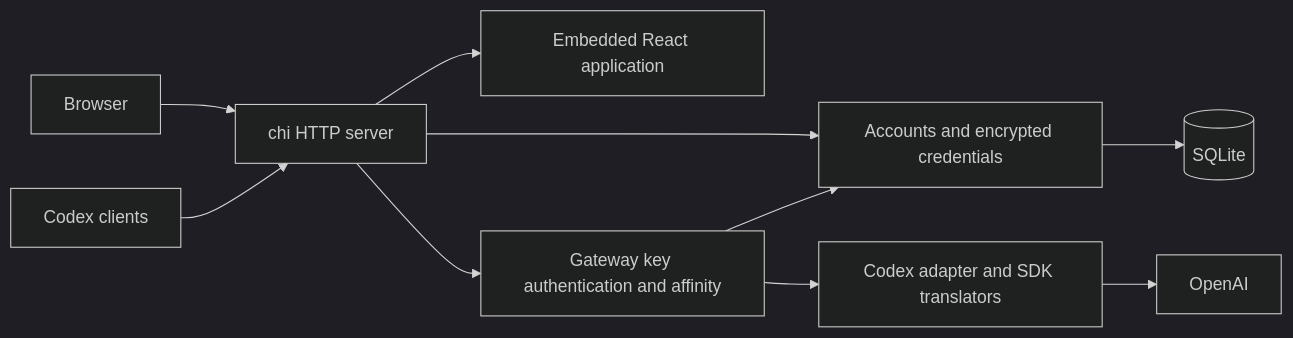
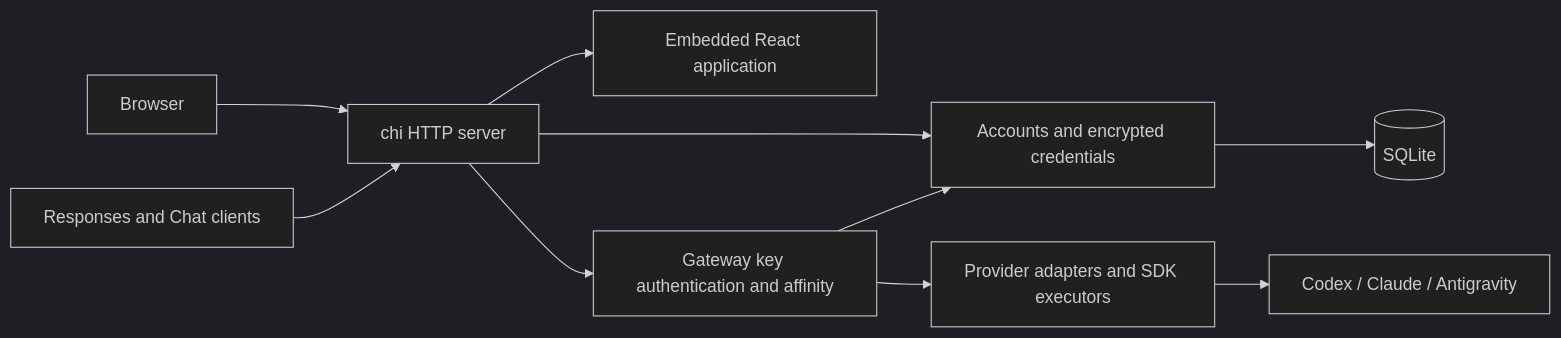
One commit to murongg/SubLane changed the diagram in docs/architecture.md. Above: the diagram before and after it, drawn with Mermaid (dark theme). The commit also changed other lines of this file and 63 other files, not shown here.

Commit message:
feat(providers): add Claude and Antigravity subscriptions

````diff
--- a/docs/architecture.md
+++ b/docs/architecture.md
@@ -7,12 +7,12 @@
 ```mermaid
 flowchart LR
   Browser[Browser] --> HTTP[chi HTTP server]
-  Clients[Codex clients] --> HTTP
+  Clients[Responses and Chat clients] --> HTTP
   HTTP --> SPA[Embedded React application]
   HTTP --> Accounts[Accounts and encrypted credentials]
   Accounts --> DB[(SQLite)]
   HTTP --> Gateway[Gateway key authentication and affinity]
   Gateway --> Accounts
-  Gateway --> Adapter[Codex adapter and SDK translators]
-  Adapter --> OpenAI[OpenAI]
+  Gateway --> Adapter[Provider adapters and SDK executors]
+  Adapter --> Providers[Codex / Claude / Antigravity]
 ```
````
